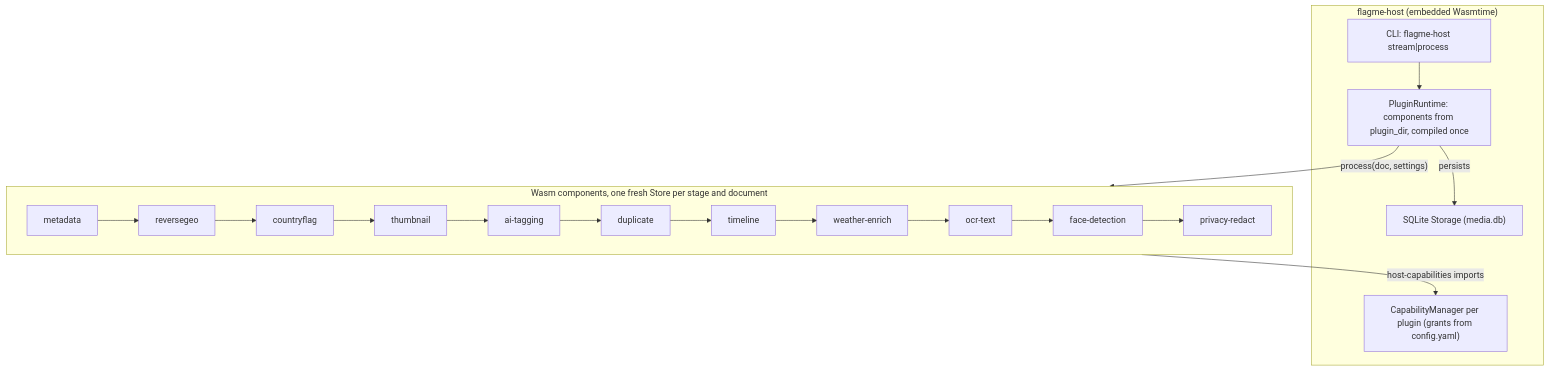
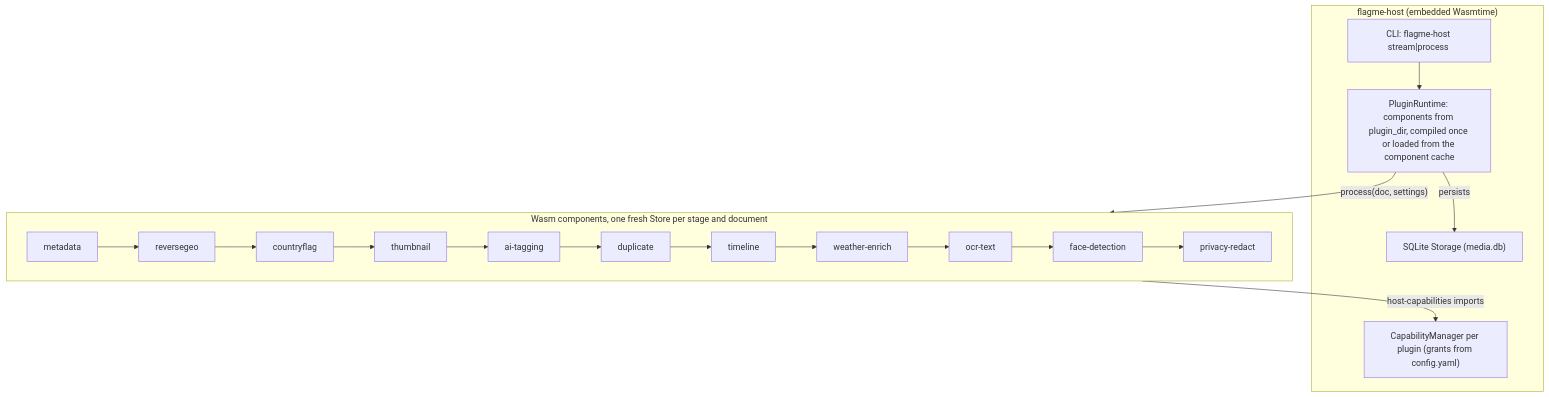
The diagram in docs/pipeline_host_supervisor.md (Zheng-Bote/wasm_geo-host), drawn with Mermaid before and after one commit. The commit also changed other lines of this file and 16 other files, not shown here.

First line of the commit message:
feat(host): cache compiled Wasm components (ADR 0004)

````diff
--- a/docs/pipeline_host_supervisor.md
+++ b/docs/pipeline_host_supervisor.md
@@ -11,20 +11,20 @@
 ```mermaid
 flowchart TD
     subgraph Host["flagme-host (embedded Wasmtime)"]
         CLI["CLI: flagme-host stream|process <FILE>"]
-        Runtime["PluginRuntime: components from plugin_dir, compiled once"]
+        Runtime["PluginRuntime: components from plugin_dir, compiled once or loaded from the component cache"]
         Caps["CapabilityManager per plugin (grants from config.yaml)"]
         Storage["SQLite Storage (media.db)"]
     end
 
     subgraph Stages["Wasm components, one fresh Store per stage and document"]
         direction LR
         C1["metadata"] --> C2["reversegeo"] --> C3["countryflag"] --> C4["thumbnail"] --> C5["ai-tagging"] --> C6["duplicate"]
         C6 --> C7["timeline"] --> C8["weather-enrich"] --> C9["ocr-text"] --> C10["face-detection"] --> C11["privacy-redact"]
     end
 
     CLI --> Runtime
     Runtime -->|"process(doc, settings)"| Stages
     Stages -->|"host-capabilities imports"| Caps
     Runtime -->|"persists"| Storage
 ```
````
